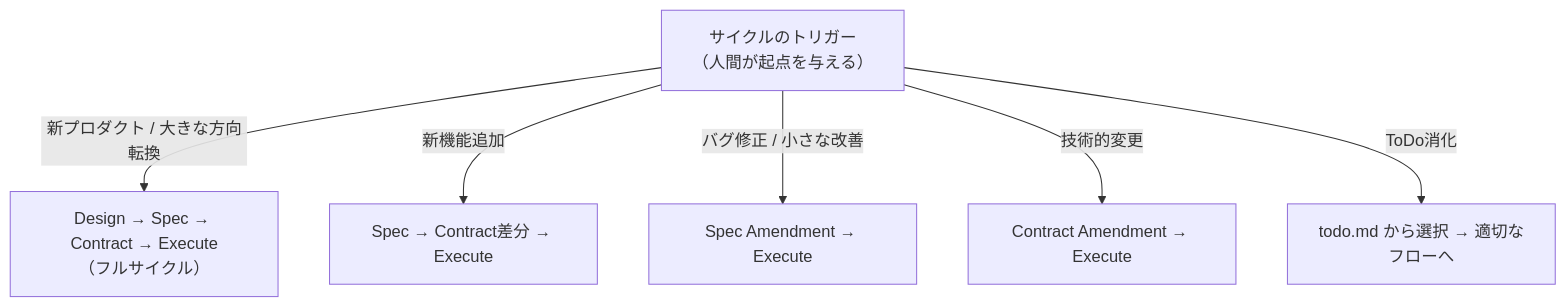
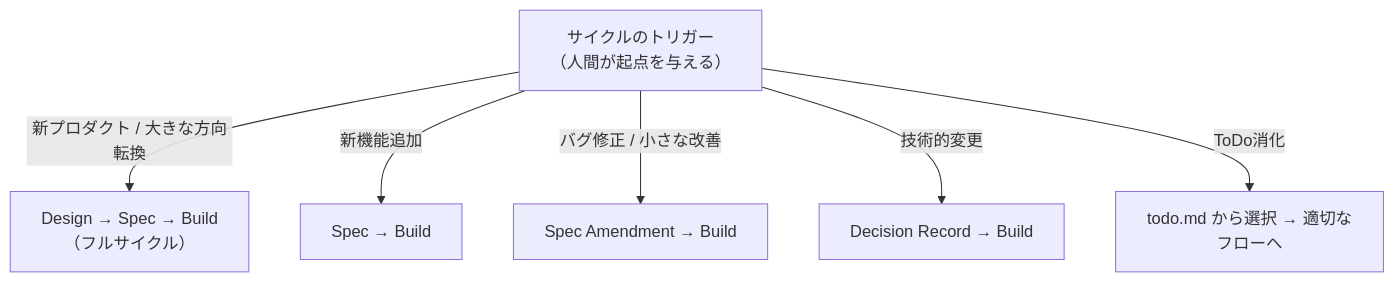
The seventh of 7 diagrams in APD-FRAMEWORK.md (koyakimu/autopilot-development-boilerplate), drawn with Mermaid before and after one commit. The commit also changed other lines of this file and 34 other files, not shown here.

First line of the commit message:
feat!: Contract廃止 — Phase 2 (Contract) と Phase 3 (Execute) を Phase 2 (Build) に統合

````diff
--- a/APD-FRAMEWORK.md
+++ b/APD-FRAMEWORK.md
@@ -334,9 +320,9 @@
 ```mermaid
 graph TD
     T["サイクルのトリガー<br/>（人間が起点を与える）"]
-    T -->|新プロダクト / 大きな方向転換| F["Design → Spec → Contract → Execute<br/>（フルサイクル）"]
-    T -->|新機能追加| A["Spec → Contract差分 → Execute"]
-    T -->|バグ修正 / 小さな改善| B["Spec Amendment → Execute"]
-    T -->|技術的変更| C["Contract Amendment → Execute"]
+    T -->|新プロダクト / 大きな方向転換| F["Design → Spec → Build<br/>（フルサイクル）"]
+    T -->|新機能追加| A["Spec → Build"]
+    T -->|バグ修正 / 小さな改善| B["Spec Amendment → Build"]
+    T -->|技術的変更| C["Decision Record → Build"]
     T -->|ToDo消化| D["todo.md から選択 → 適切なフローへ"]
 ```
````
